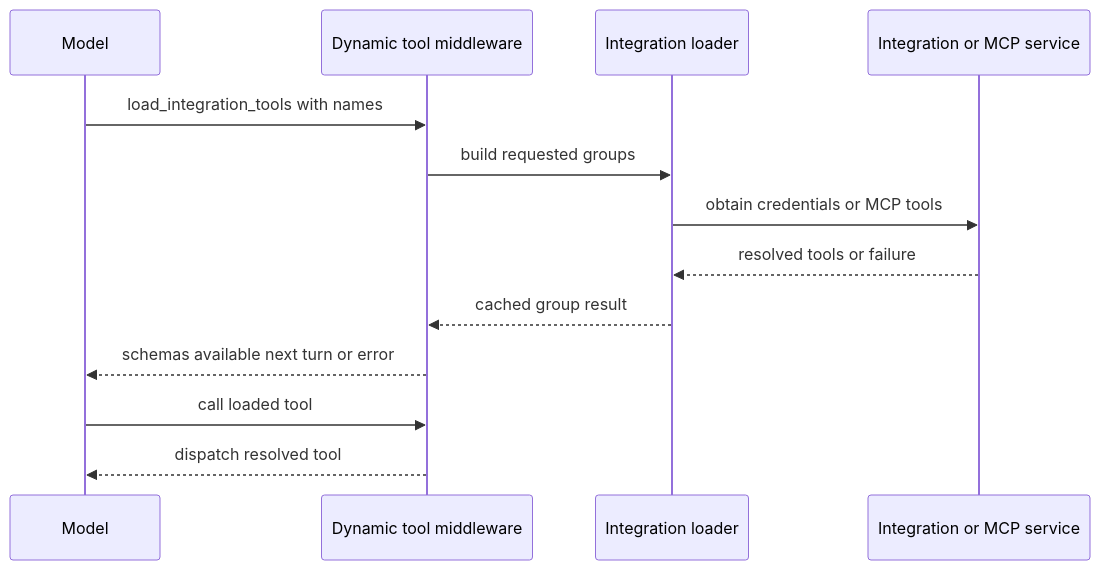
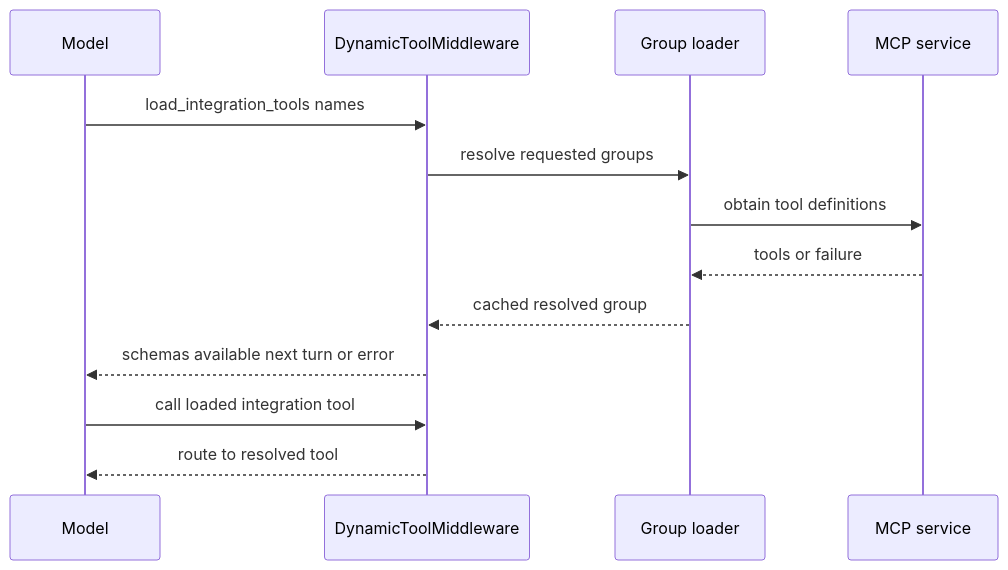
The second of 2 diagrams in openwiki/concepts/tools.md (langchain-ai/open-swe), drawn with Mermaid before and after one commit. The commit also changed other lines of this file and 51 other files, not shown here.

````diff
--- a/openwiki/concepts/tools.md
+++ b/openwiki/concepts/tools.md
@@ -91,16 +88,16 @@
 ```mermaid
 sequenceDiagram
     participant Model
-    participant Middleware as Dynamic tool middleware
-    participant Loader as Integration loader
-    participant Service as Integration or MCP service
+    participant Dynamic as DynamicToolMiddleware
+    participant Loader as Group loader
+    participant Service as MCP service
 
-    Model->>Middleware: load_integration_tools with names
-    Middleware->>Loader: build requested groups
-    Loader->>Service: obtain credentials or MCP tools
-    Service-->>Loader: resolved tools or failure
-    Loader-->>Middleware: cached group result
-    Middleware-->>Model: schemas available next turn or error
-    Model->>Middleware: call loaded tool
-    Middleware-->>Model: dispatch resolved tool
+    Model->>Dynamic: load_integration_tools names
+    Dynamic->>Loader: resolve requested groups
+    Loader->>Service: obtain tool definitions
+    Service-->>Loader: tools or failure
+    Loader-->>Dynamic: cached resolved group
+    Dynamic-->>Model: schemas available next turn or error
+    Model->>Dynamic: call loaded integration tool
+    Dynamic-->>Model: route to resolved tool
 ```
````
